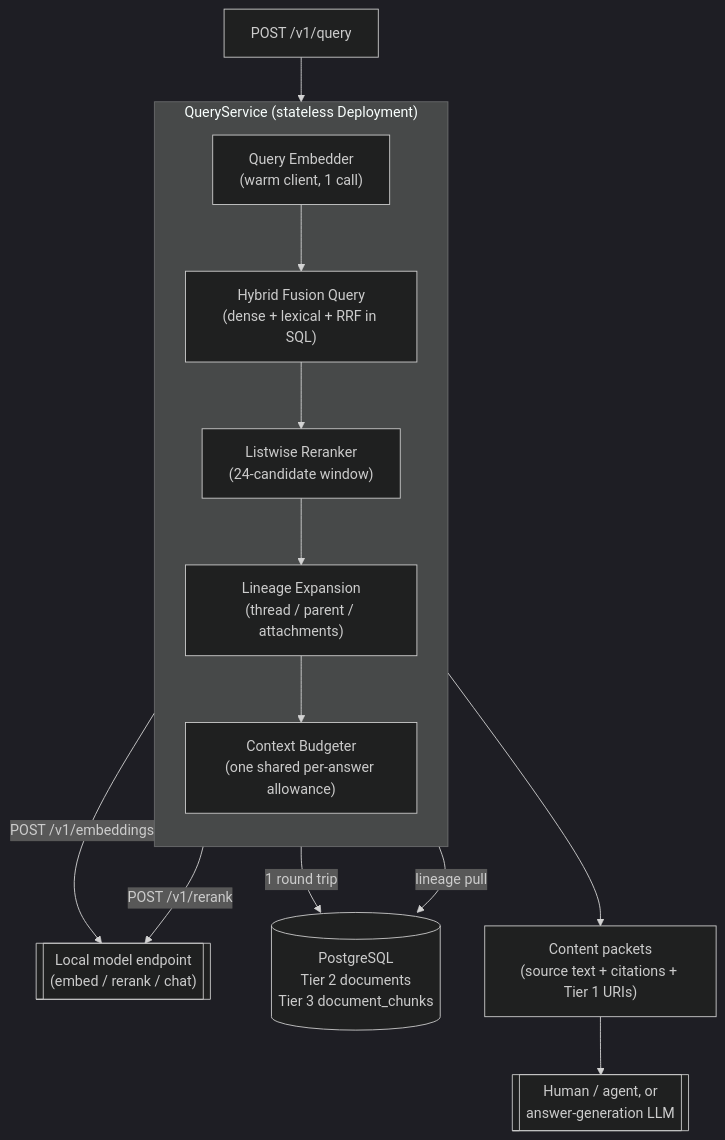
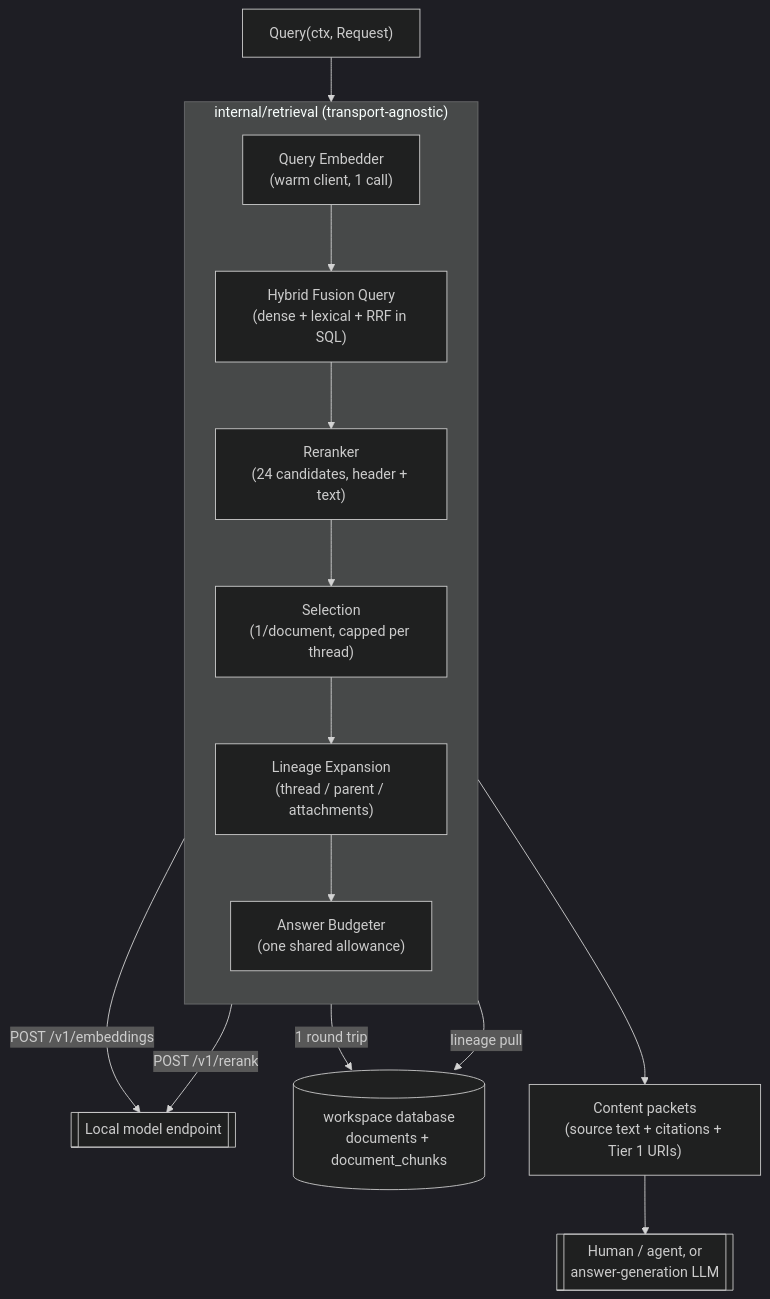
Before and after one commit to suankan/pocket-advisor: the diagram in docs/retrieval-design.md, drawn with Mermaid (dark theme). The commit also changed other lines of this file and 4 other files, not shown here.

````diff
--- a/docs/retrieval-design.md
+++ b/docs/retrieval-design.md
@@ -75,24 +87,25 @@
 ```mermaid
 flowchart TB
-    Q["POST /v1/query"] --> QS
+    Q["Query(ctx, Request)"] --> R
 
-    subgraph QS["QueryService (stateless Deployment)"]
+    subgraph R["internal/retrieval (transport-agnostic)"]
         direction TB
         Embed["Query Embedder\n(warm client, 1 call)"]
         Fuse["Hybrid Fusion Query\n(dense + lexical + RRF in SQL)"]
-        Rerank["Listwise Reranker\n(24-candidate window)"]
+        Rerank["Reranker\n(24 candidates, header + text)"]
+        Select["Selection\n(1/document, capped per thread)"]
         Expand["Lineage Expansion\n(thread / parent / attachments)"]
-        Budget["Context Budgeter\n(one shared per-answer allowance)"]
+        Budget["Answer Budgeter\n(one shared allowance)"]
 
-        Embed --> Fuse --> Rerank --> Expand --> Budget
+        Embed --> Fuse --> Rerank --> Select --> Expand --> Budget
     end
 
-    Embed -- "POST /v1/embeddings" --> Models[["Local model endpoint\n(embed / rerank / chat)"]]
+    Embed -- "POST /v1/embeddings" --> Models[["Local model endpoint"]]
     Rerank -- "POST /v1/rerank" --> Models
 
-    Fuse -- "1 round trip" --> PG[("PostgreSQL\nTier 2 documents\nTier 3 document_chunks")]
+    Fuse -- "1 round trip" --> PG[("workspace database\ndocuments + document_chunks")]
     Expand -- "lineage pull" --> PG
 
     Budget --> Packets["Content packets\n(source text + citations + Tier 1 URIs)"]
     Packets --> Consumer[["Human / agent, or\nanswer-generation LLM"]]
 ```
````
